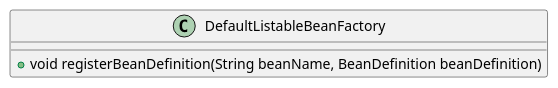
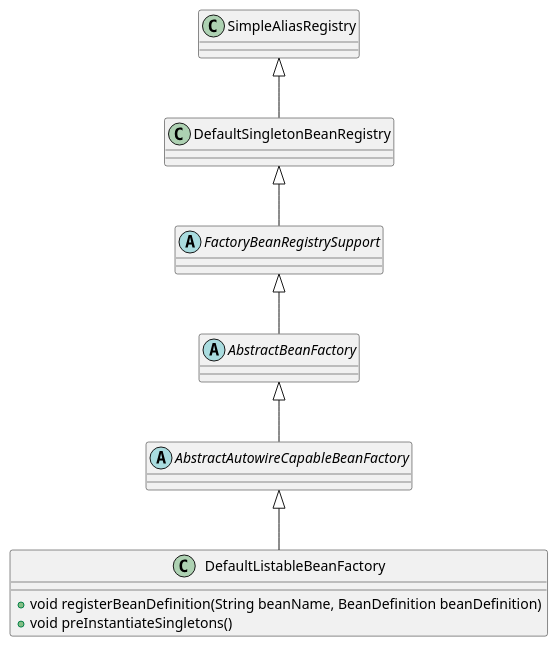
One commit to onlyonion/development changed the first of 4 diagrams in 20-framework/src/spring/spring-beans/factory/support/DefaultListableBeanFactory.md. Above: the diagram before and after it, drawn with PlantUML. The commit also changed 15 other files, not shown here.

````diff
--- a/20-framework/src/spring/spring-beans/factory/support/DefaultListableBeanFactory.md
+++ b/20-framework/src/spring/spring-beans/factory/support/DefaultListableBeanFactory.md
@@ -15,9 +15,25 @@
 ```plantuml
 @startuml
 
+class SimpleAliasRegistry
+
+class DefaultSingletonBeanRegistry
+SimpleAliasRegistry ^-- DefaultSingletonBeanRegistry
+
+abstract class FactoryBeanRegistrySupport
+DefaultSingletonBeanRegistry ^-- FactoryBeanRegistrySupport
+
+abstract class AbstractBeanFactory
+FactoryBeanRegistrySupport ^-- AbstractBeanFactory 
+
+abstract class AbstractAutowireCapableBeanFactory
+AbstractBeanFactory ^-- AbstractAutowireCapableBeanFactory 
+
 class DefaultListableBeanFactory {
     + void registerBeanDefinition(String beanName, BeanDefinition beanDefinition)
+    + void preInstantiateSingletons()
 }
+AbstractAutowireCapableBeanFactory ^-- DefaultListableBeanFactory 
 
 @enduml
 ```
````
